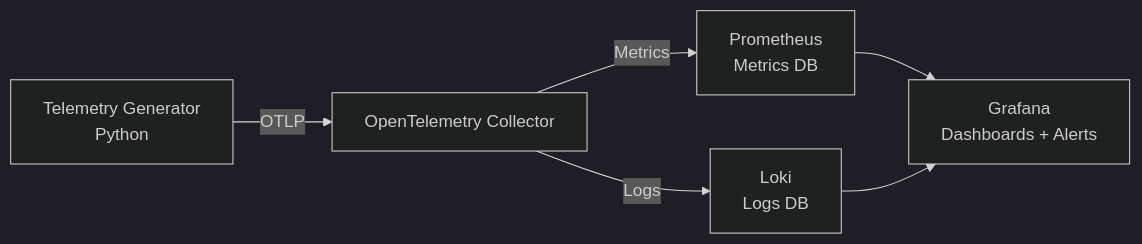
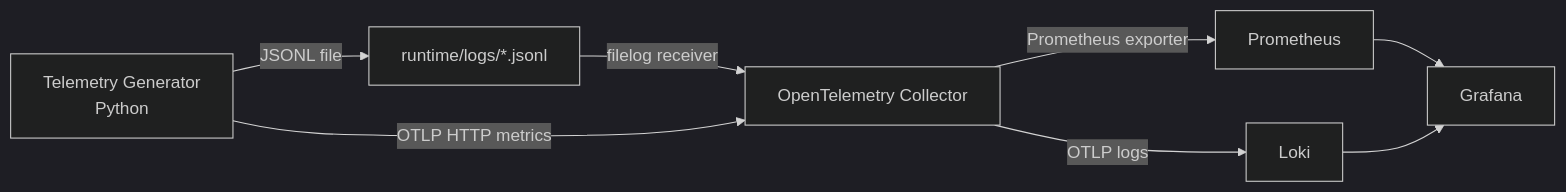
Before and after one commit to Alexander-Kershaw/LucidOBS: the diagram in README.md, drawn with Mermaid (dark theme). The commit also changed other lines of this file, not shown here.

````diff
--- a/README.md
+++ b/README.md
@@ -17,15 +122,13 @@
 ```mermaid
 flowchart LR
+  GEN[Telemetry Generator<br/>Python] -->|JSONL file| FILE[runtime/logs/*.jsonl]
+  FILE -->|filelog receiver| OTEL[OpenTelemetry Collector]
 
-Generator[Telemetry Generator<br>Python]
-Collector[OpenTelemetry Collector]
-Prometheus[Prometheus<br>Metrics DB]
-Loki[Loki<br>Logs DB]
-Grafana[Grafana<br>Dashboards + Alerts]
+  GEN -->|OTLP HTTP metrics| OTEL
+  OTEL -->|Prometheus exporter| PROM[Prometheus]
+  OTEL -->|OTLP logs| LOKI[Loki]
 
-Generator -->|OTLP| Collector
-Collector -->|Metrics| Prometheus
-Collector -->|Logs| Loki
-Prometheus --> Grafana
-Loki --> Grafana
+  PROM --> GRAF[Grafana]
+  LOKI --> GRAF
+
 ```
````
